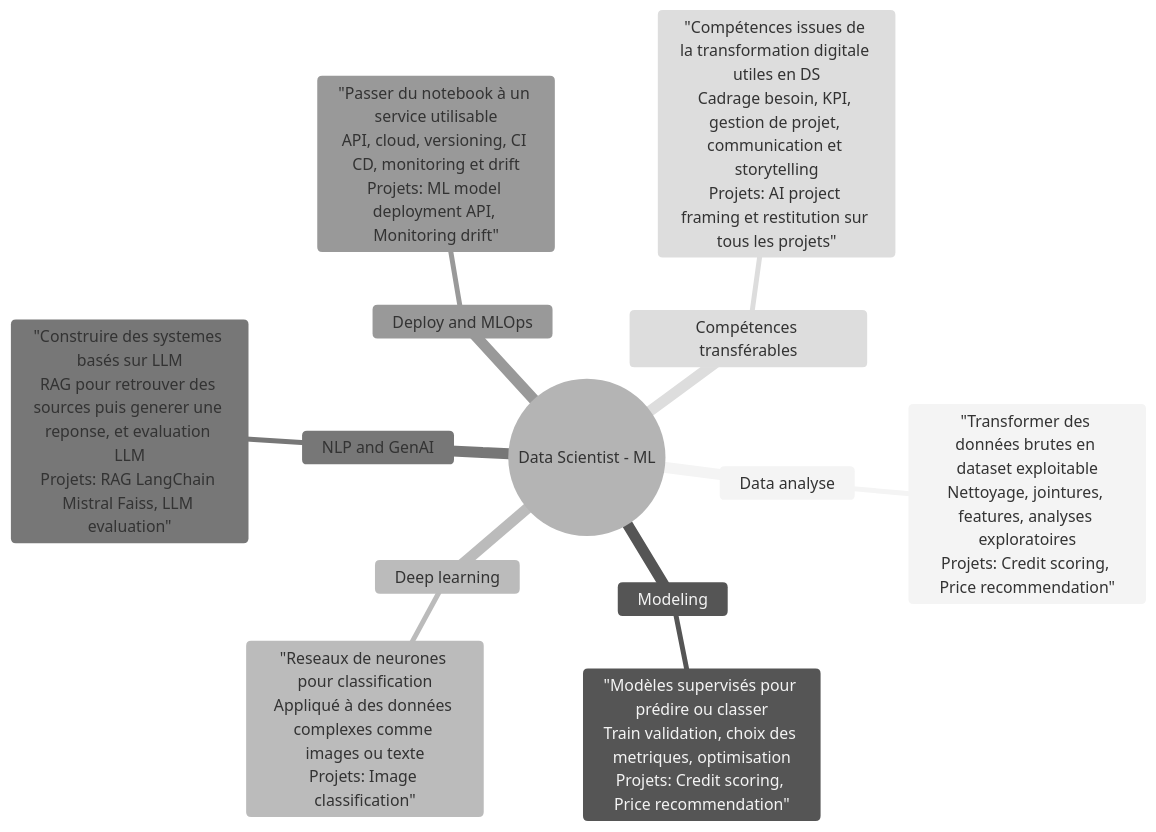
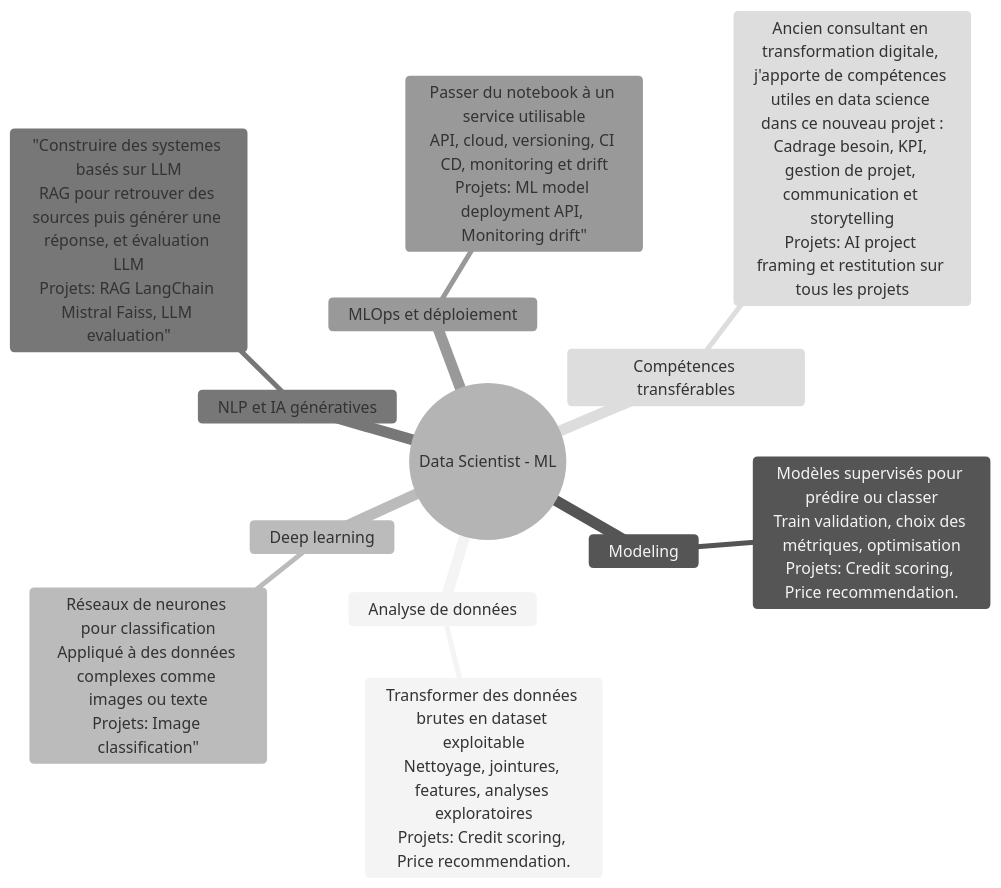
Before and after one commit to stephmnt/datascience_portfolio: the diagram in posts/02-nouveau-depart.md, drawn with Mermaid (neutral theme). The commit also changed 2 other files, not shown here.

```diff
--- a/posts/02-nouveau-depart.md
+++ b/posts/02-nouveau-depart.md
@@ -13,17 +13,17 @@
 {{% mermaid %}}
 mindmap
   root((Data Scientist - ML))
-    Data analyse
-      "Transformer des données brutes en dataset exploitable<br/>Nettoyage, jointures, features, analyses exploratoires<br/>Projets: Credit scoring, Price recommendation"
+    Analyse de données
+      Transformer des données brutes en dataset exploitable<br/>Nettoyage, jointures, features, analyses exploratoires<br/>Projets: Credit scoring, Price recommendation.
     Modeling
-      "Modèles supervisés pour prédire ou classer<br/>Train validation, choix des metriques, optimisation<br/>Projets: Credit scoring, Price recommendation"
+      Modèles supervisés pour prédire ou classer<br/>Train validation, choix des métriques, optimisation<br/>Projets: Credit scoring, Price recommendation.
     Deep learning
-      "Reseaux de neurones pour classification<br/>Appliqué à des données complexes comme images ou texte<br/>Projets: Image classification"
-    NLP and GenAI
-      "Construire des systemes basés sur LLM<br/>RAG pour retrouver des sources puis generer une reponse, et evaluation LLM<br/>Projets: RAG LangChain Mistral Faiss, LLM evaluation"
-    Deploy and MLOps
-      "Passer du notebook à un service utilisable<br/>API, cloud, versioning, CI CD, monitoring et drift<br/>Projets: ML model deployment API, Monitoring drift"
+      Réseaux de neurones pour classification<br/>Appliqué à des données complexes comme images ou texte<br/>Projets: Image classification"
+    NLP et IA génératives
+      "Construire des systemes basés sur LLM<br/>RAG pour retrouver des sources puis générer une réponse, et évaluation LLM<br/>Projets: RAG LangChain Mistral Faiss, LLM evaluation"
+    MLOps et déploiement
+      Passer du notebook à un service utilisable<br/>API, cloud, versioning, CI CD, monitoring et drift<br/>Projets: ML model deployment API, Monitoring drift"
     Compétences transférables
-      "Compétences issues de la transformation digitale utiles en DS<br/>Cadrage besoin, KPI, gestion de projet, communication et storytelling<br/>Projets: AI project framing et restitution sur tous les projets"
+      Ancien consultant en transformation digitale, j'apporte de compétences utiles en data science dans ce nouveau projet :<br/>Cadrage besoin, KPI, gestion de projet, communication et storytelling<br/>Projets: AI project framing et restitution sur tous les projets
 
 {{% /mermaid %}}
```
